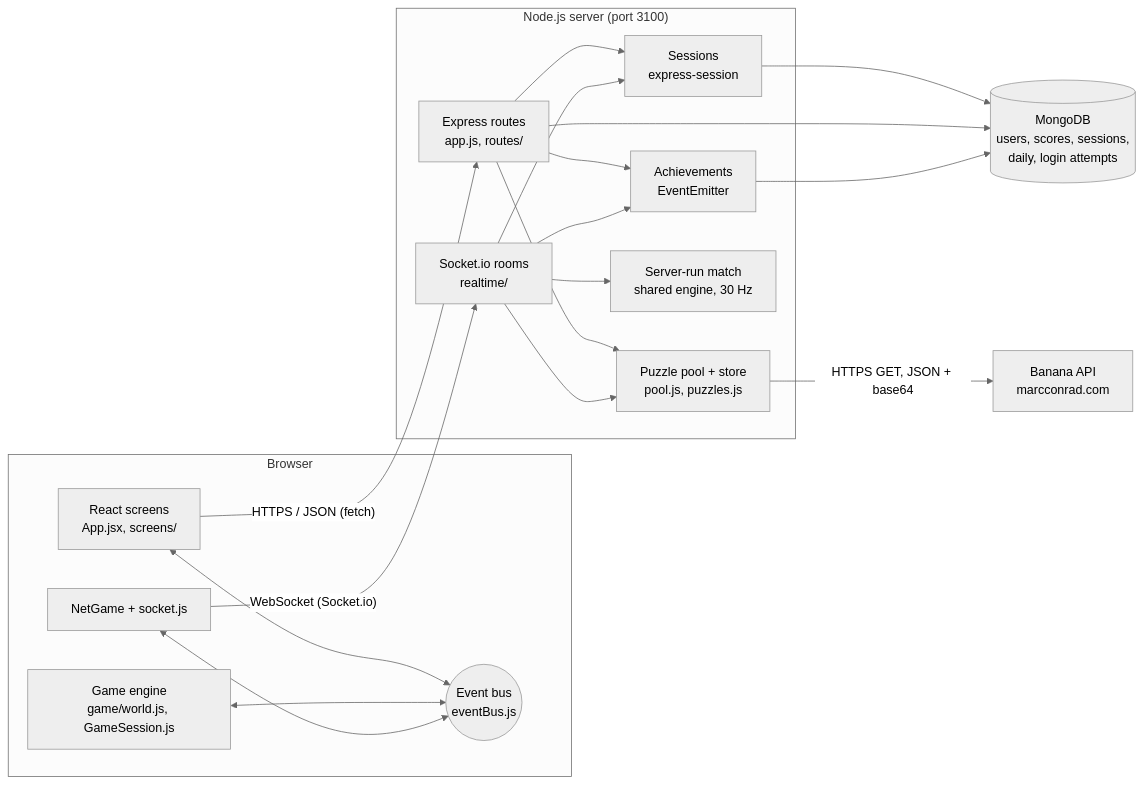
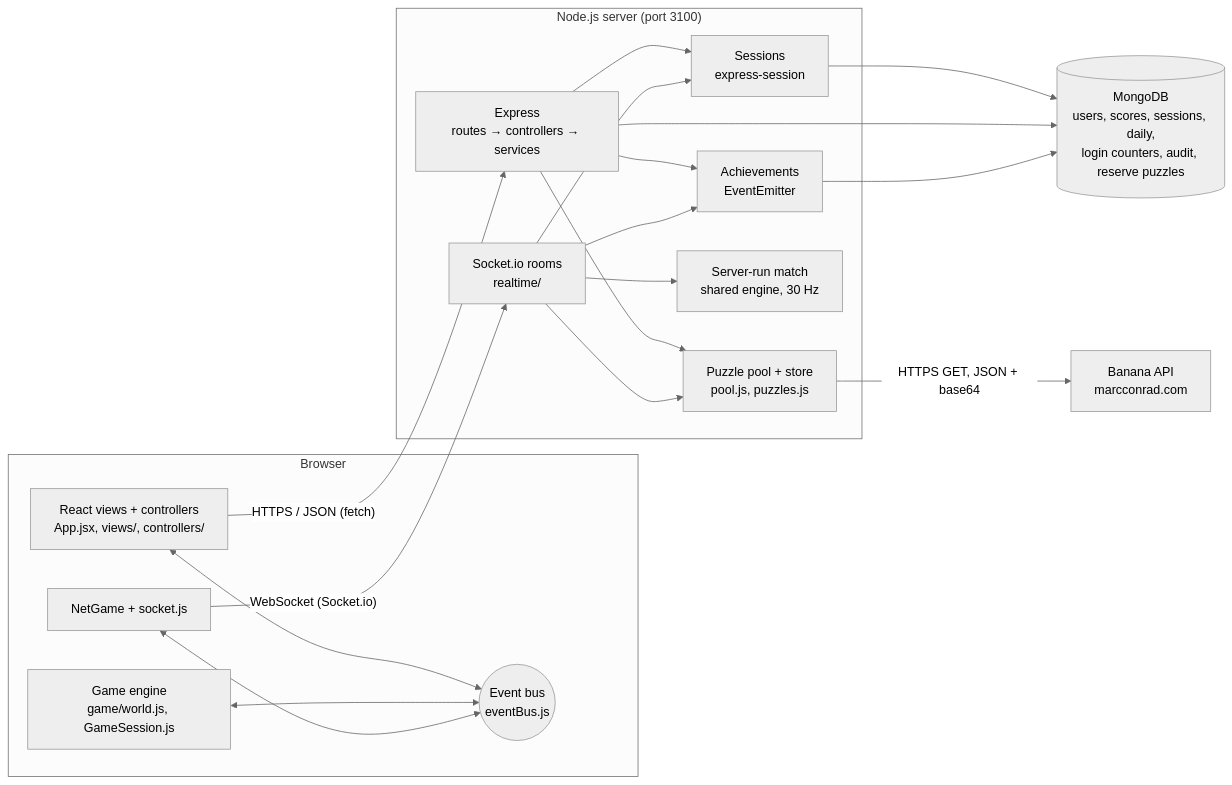
The diagram in README.md (SayubShakya/banana-brigade), drawn with Mermaid (neutral theme) before and after one commit. The commit also changed other lines of this file and 1 other file, not shown here.

````diff
--- a/README.md
+++ b/README.md
@@ -190,36 +210,36 @@
 ```mermaid
 flowchart LR
   subgraph Browser
-    R[React screens<br/>App.jsx, screens/]
+    R[React views + controllers<br/>App.jsx, views/, controllers/]
     E[Game engine<br/>game/world.js, GameSession.js]
     B((Event bus<br/>eventBus.js))
     N[NetGame + socket.js]
     R <--> B
     E <--> B
     N <--> B
   end
   subgraph Server["Node.js server (port 3100)"]
-    X[Express routes<br/>app.js, routes/]
+    X[Express<br/>routes → controllers → services]
     S[Sessions<br/>express-session]
     P[Puzzle pool + store<br/>pool.js, puzzles.js]
     A[Achievements<br/>EventEmitter]
     W[Socket.io rooms<br/>realtime/]
     M[Server-run match<br/>shared engine, 30 Hz]
   end
-  DB[(MongoDB<br/>users, scores, sessions,<br/>daily, login attempts)]
+  DB[(MongoDB<br/>users, scores, sessions, daily,<br/>login counters, audit, reserve puzzles)]
   API[Banana API<br/>marcconrad.com]
 
   R -- "HTTPS / JSON (fetch)" --> X
   N -- "WebSocket (Socket.io)" --> W
   X --> S
   W --> S
   X --> P
   W --> P
   W --> M
   X --> A
   W --> A
   P -- "HTTPS GET, JSON + base64" --> API
   S --> DB
   X --> DB
   A --> DB
 ```
````
